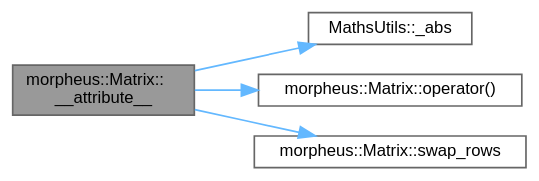
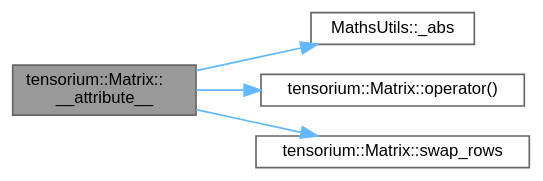
The diagram in docs/classmorpheus_1_1Matrix_ad910b920efe34fa53ab0d133f093b407_cgraph.dot (TensoriumCore/Tensorium_lib), drawn with Graphviz before and after one commit. The commit also changed 3640 other files, not shown here.

```diff
--- a/docs/classmorpheus_1_1Matrix_ad910b920efe34fa53ab0d133f093b407_cgraph.dot
+++ b/docs/classmorpheus_1_1Matrix_ad910b920efe34fa53ab0d133f093b407_cgraph.dot
@@ -1,15 +1,15 @@
-digraph "morpheus::Matrix::__attribute__"
+digraph "tensorium::Matrix::__attribute__"
 {
  // LATEX_PDF_SIZE
   bgcolor="transparent";
   edge [fontname=Helvetica,fontsize=10,labelfontname=Helvetica,labelfontsize=10];
   node [fontname=Helvetica,fontsize=10,shape=box,height=0.2,width=0.4];
   rankdir="LR";
-  Node1 [id="Node000001",label="morpheus::Matrix::\l__attribute__",height=0.2,width=0.4,color="gray40", fillcolor="grey60", style="filled", fontcolor="black",tooltip="Compute the inverse of the matrix using Gauss–Jordan elimination."];
+  Node1 [id="Node000001",label="tensorium::Matrix::\l__attribute__",height=0.2,width=0.4,color="gray40", fillcolor="grey60", style="filled", fontcolor="black",tooltip="Compute the inverse of the matrix using Gauss–Jordan elimination."];
   Node1 -> Node2 [id="edge1_Node000001_Node000002",color="steelblue1",style="solid",tooltip=" "];
   Node2 [id="Node000002",label="MathsUtils::_abs",height=0.2,width=0.4,color="grey40", fillcolor="white", style="filled",URL="$classMathsUtils.html#aef7c171225ec5072076aa1bc0182cc02",tooltip=" "];
   Node1 -> Node3 [id="edge2_Node000001_Node000003",color="steelblue1",style="solid",tooltip=" "];
-  Node3 [id="Node000003",label="morpheus::Matrix::operator()",height=0.2,width=0.4,color="grey40", fillcolor="white", style="filled",URL="$classmorpheus_1_1Matrix.html#ad522ddc1c4cd3037496211d01275168a",tooltip="Element access (mutable)"];
+  Node3 [id="Node000003",label="tensorium::Matrix::operator()",height=0.2,width=0.4,color="grey40", fillcolor="white", style="filled",URL="$classtensorium_1_1Matrix.html#ad522ddc1c4cd3037496211d01275168a",tooltip="Element access (mutable)"];
   Node1 -> Node4 [id="edge3_Node000001_Node000004",color="steelblue1",style="solid",tooltip=" "];
-  Node4 [id="Node000004",label="morpheus::Matrix::swap_rows",height=0.2,width=0.4,color="grey40", fillcolor="white", style="filled",URL="$classmorpheus_1_1Matrix.html#a8b2dfeb08ff63446f08da77d15daa345",tooltip="Swap two rows of the matrix."];
+  Node4 [id="Node000004",label="tensorium::Matrix::swap_rows",height=0.2,width=0.4,color="grey40", fillcolor="white", style="filled",URL="$classtensorium_1_1Matrix.html#a8b2dfeb08ff63446f08da77d15daa345",tooltip="Swap two rows of the matrix."];
 }
```
